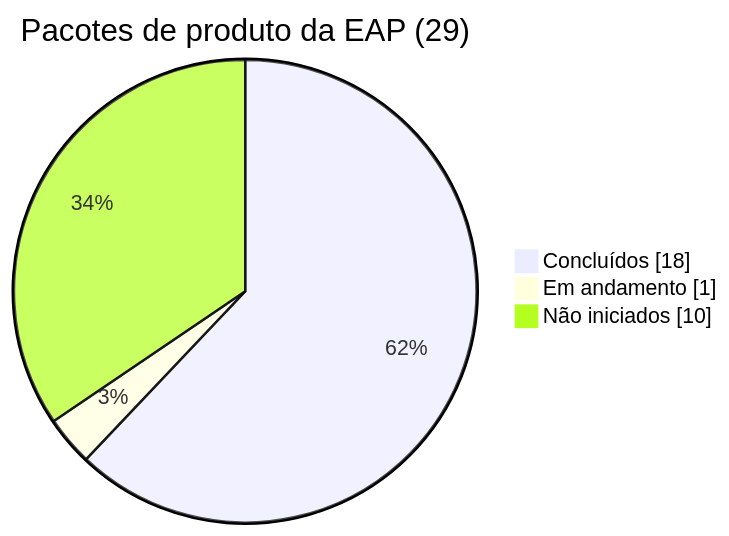
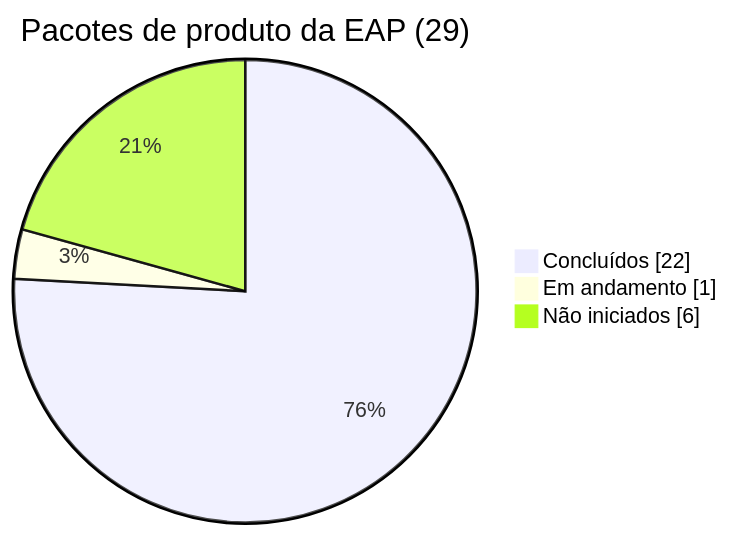
One commit to LuizMottaX/Gerencia-de-Projetos changed the diagram in docs/gerenciamento/04-Monitoramento-e-Controle/Monitorar-e-Controlar-o-Trabalho.md. Above: the diagram before and after it, drawn with Mermaid. The commit also changed other lines of this file and 34 other files, not shown here.

````diff
--- a/docs/gerenciamento/04-Monitoramento-e-Controle/Monitorar-e-Controlar-o-Trabalho.md
+++ b/docs/gerenciamento/04-Monitoramento-e-Controle/Monitorar-e-Controlar-o-Trabalho.md
@@ -35,6 +35,6 @@
 ```mermaid
 pie showData title Pacotes de produto da EAP (29)
-    "Concluídos" : 18
+    "Concluídos" : 22
     "Em andamento" : 1
-    "Não iniciados" : 10
+    "Não iniciados" : 6
 ```
````
